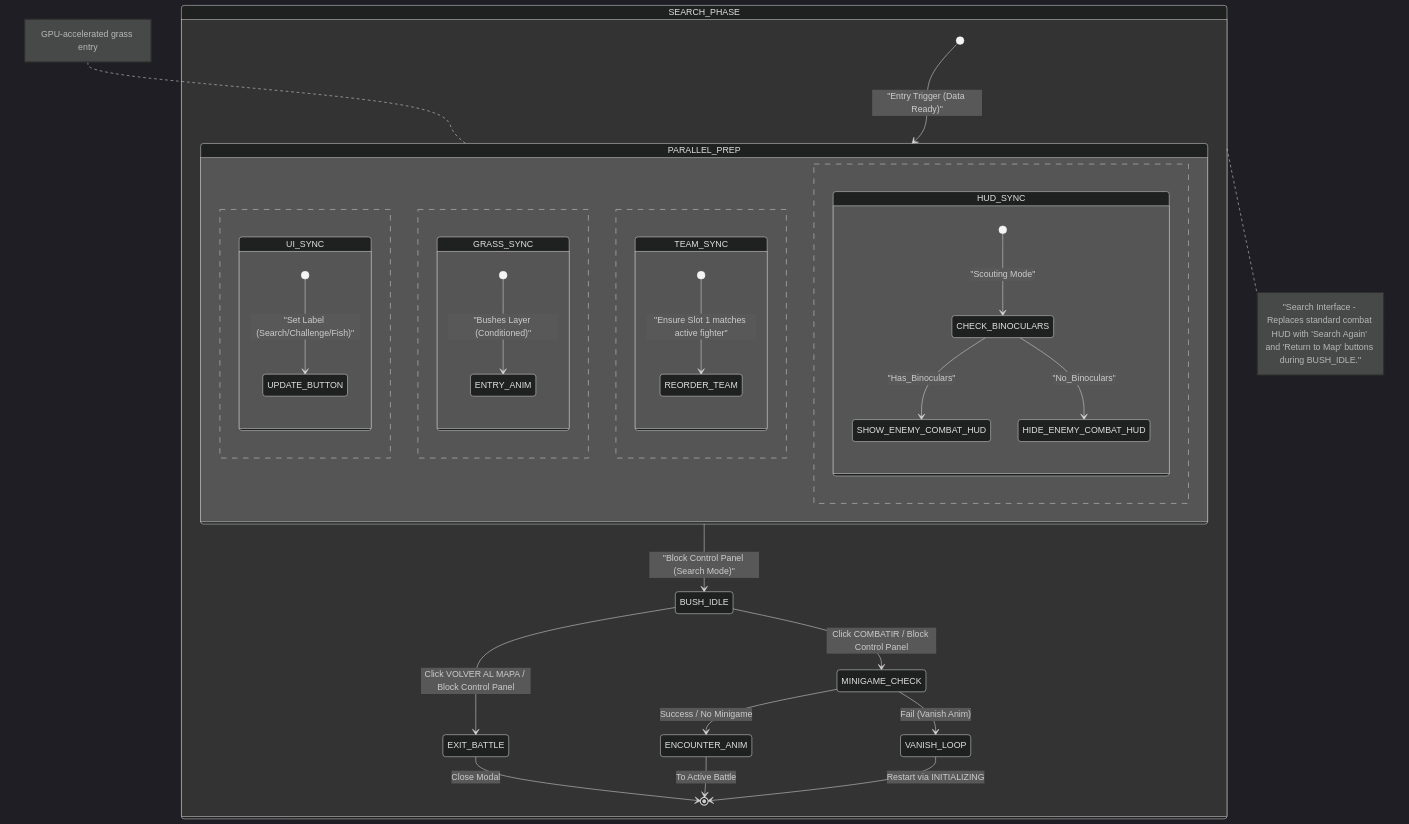
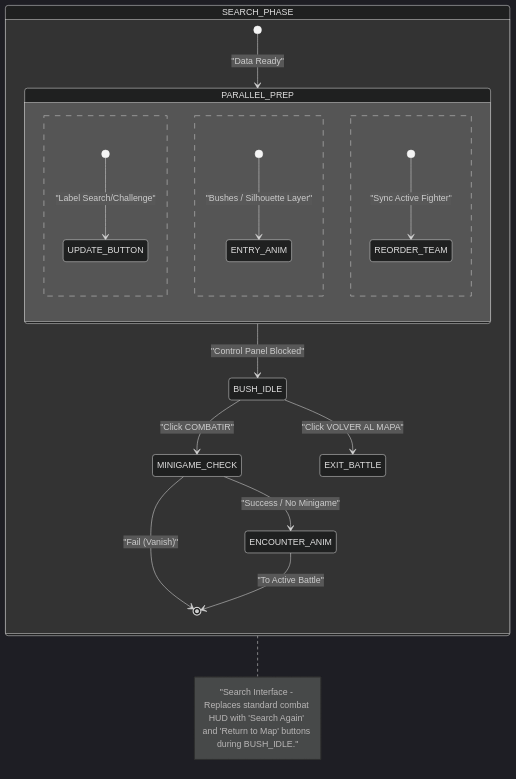
Diagram 11 of 18 in .agents/skills/project-standards/references/battle/battle_mechanics_manual.md (Darkham77/PokeBorrador), drawn with Mermaid (dark theme) before and after one commit. The commit also changed other lines of this file and 30 other files, not shown here.

First line of the commit message:
fix(battle): stabilize first encounter visibility and combatant seat synchronization

````diff
--- a/.agents/skills/project-standards/references/battle/battle_mechanics_manual.md
+++ b/.agents/skills/project-standards/references/battle/battle_mechanics_manual.md
@@ -633,45 +622,27 @@
 ```mermaid
 stateDiagram-v2
     state SEARCH_PHASE {
-        [*] --> PARALLEL_PREP: "Entry Trigger (Data Ready)"
+        [*] --> PARALLEL_PREP: "Data Ready"
         
         state PARALLEL_PREP {
-            state UI_SYNC {
-                [*] --> UPDATE_BUTTON: "Set Label (Search/Challenge/Fish)"
-            }
+            [*] --> UPDATE_BUTTON: "Label Search/Challenge"
             --
-            state GRASS_SYNC {
-                [*] --> ENTRY_ANIM: "Bushes Layer (Conditioned)"
-            }
+            [*] --> ENTRY_ANIM: "Bushes / Silhouette Layer"
             --
-            state TEAM_SYNC {
-                [*] --> REORDER_TEAM: "Ensure Slot 1 matches active fighter"
-            }
-            --
-            state HUD_SYNC {
-                [*] --> CHECK_BINOCULARS: "Scouting Mode"
-                state CHECK_BINOCULARS <<choice>>
-                CHECK_BINOCULARS --> SHOW_ENEMY_COMBAT_HUD : "Has_Binoculars"
-                CHECK_BINOCULARS --> HIDE_ENEMY_COMBAT_HUD : "No_Binoculars"
-            }
+            [*] --> REORDER_TEAM: "Sync Active Fighter"
         }
         
-        PARALLEL_PREP --> BUSH_IDLE : "Block Control Panel (Search Mode)"
+        PARALLEL_PREP --> BUSH_IDLE : "Control Panel Blocked"
         
-        BUSH_IDLE --> MINIGAME_CHECK : Click COMBATIR / Block Control Panel
-        BUSH_IDLE --> EXIT_BATTLE : Click VOLVER AL MAPA / Block Control Panel
+        BUSH_IDLE --> MINIGAME_CHECK : "Click COMBATIR"
+        BUSH_IDLE --> EXIT_BATTLE : "Click VOLVER AL MAPA"
         
         state MINIGAME_CHECK <<choice>>
-        MINIGAME_CHECK --> ENCOUNTER_ANIM : Success / No Minigame
-        MINIGAME_CHECK --> VANISH_LOOP : Fail (Vanish Anim)
+        MINIGAME_CHECK --> ENCOUNTER_ANIM : "Success / No Minigame"
+        MINIGAME_CHECK --> [*] : "Fail (Vanish)"
         
-        VANISH_LOOP --> [*] : Restart via INITIALIZING
-        
-        ENCOUNTER_ANIM --> [*] : To Active Battle
-        EXIT_BATTLE --> [*] : Close Modal
+        ENCOUNTER_ANIM --> [*] : "To Active Battle"
     }
     
     note right of SEARCH_PHASE : "Search Interface - Replaces standard combat HUD with 'Search Again' and 'Return to Map' buttons during BUSH_IDLE."
-    
-    note left of PARALLEL_PREP: GPU-accelerated grass entry
 ```
````
